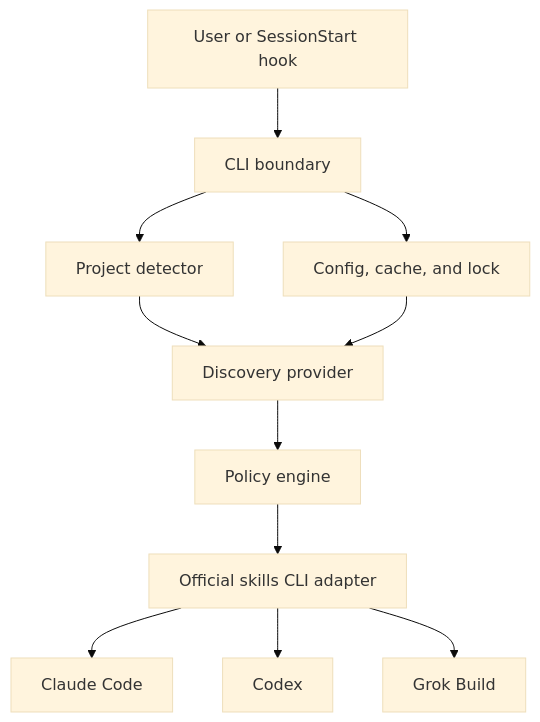
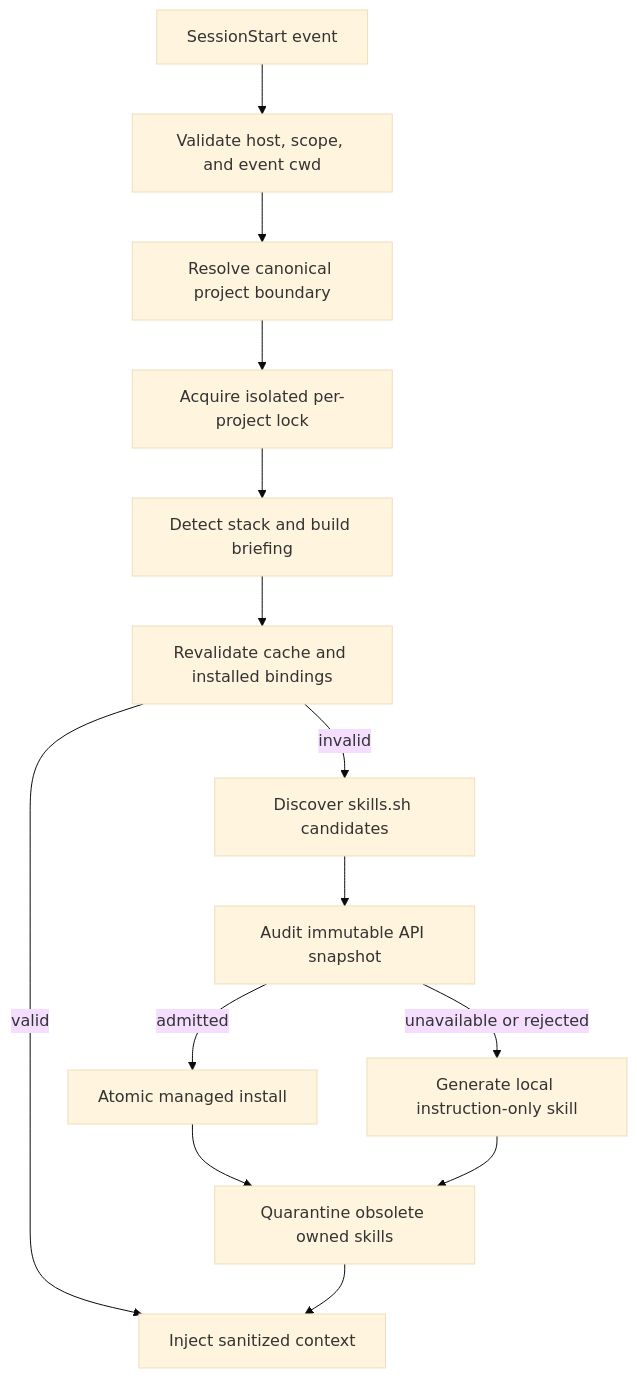
Before and after one commit to lucascharao/agent-skill-bootstrap: the diagram in docs/ARCHITECTURE.md, drawn with Mermaid (base theme). The commit also changed other lines of this file and 49 other files, not shown here.

First line of the commit message:
feat: automate project skill lifecycle

````diff
--- a/docs/ARCHITECTURE.md
+++ b/docs/ARCHITECTURE.md
@@ -154,13 +21,16 @@
 ```mermaid
 flowchart TD
-    A[User or SessionStart hook] --> B[CLI boundary]
-    B --> C[Project detector]
-    B --> D[Config, cache, and lock]
-    C --> E[Discovery provider]
-    D --> E
-    E --> F[Policy engine]
-    F --> G[Official skills CLI adapter]
-    G --> H[Claude Code]
-    G --> I[Codex]
-    G --> J[Grok Build]
+    A[SessionStart event] --> B[Validate host, scope, and event cwd]
+    B --> C[Resolve canonical project boundary]
+    C --> D[Acquire isolated per-project lock]
+    D --> E[Detect stack and build briefing]
+    E --> F[Revalidate cache and installed bindings]
+    F -->|valid| K[Inject sanitized context]
+    F -->|invalid| G[Discover skills.sh candidates]
+    G --> H[Audit immutable API snapshot]
+    H -->|admitted| I[Atomic managed install]
+    H -->|unavailable or rejected| J[Generate local instruction-only skill]
+    I --> L[Quarantine obsolete owned skills]
+    J --> L
+    L --> K
 ```
````
